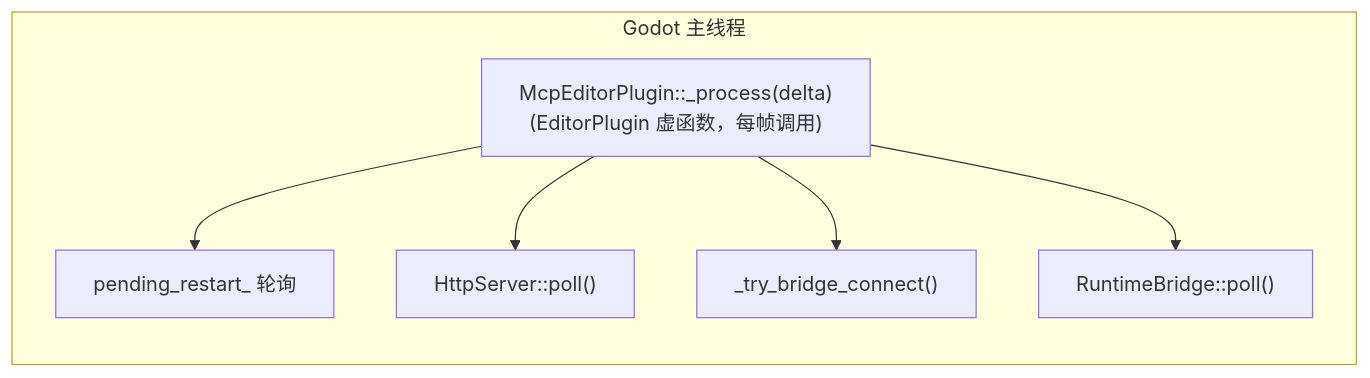
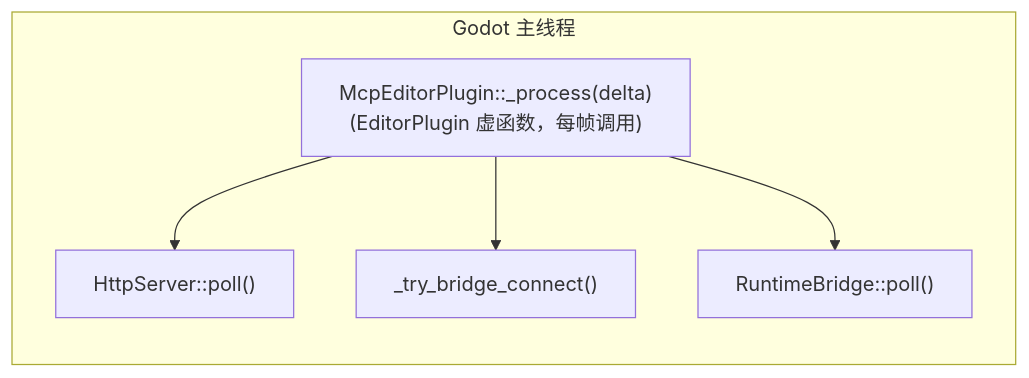
One commit to jesspig/GodotMCP-GDExtension changed the diagram in .repo_wiki/overview/threading-model.md. Above: the diagram before and after it, drawn with Mermaid. The commit also changed other lines of this file and 21 other files, not shown here.

````diff
--- a/.repo_wiki/overview/threading-model.md
+++ b/.repo_wiki/overview/threading-model.md
@@ -7,16 +7,14 @@
 ```mermaid
 flowchart LR
     subgraph MAIN["Godot 主线程"]
         direction TB
         A["McpEditorPlugin::_process(delta)<br/>(EditorPlugin 虚函数，每帧调用)"]
-        R["pending_restart_ 轮询"]
         C["HttpServer::poll()"]
         B["_try_bridge_connect()"]
         D["RuntimeBridge::poll()"]
     end
 
-    A --> R
     A --> C
     A --> B
     A --> D
 ```
````
